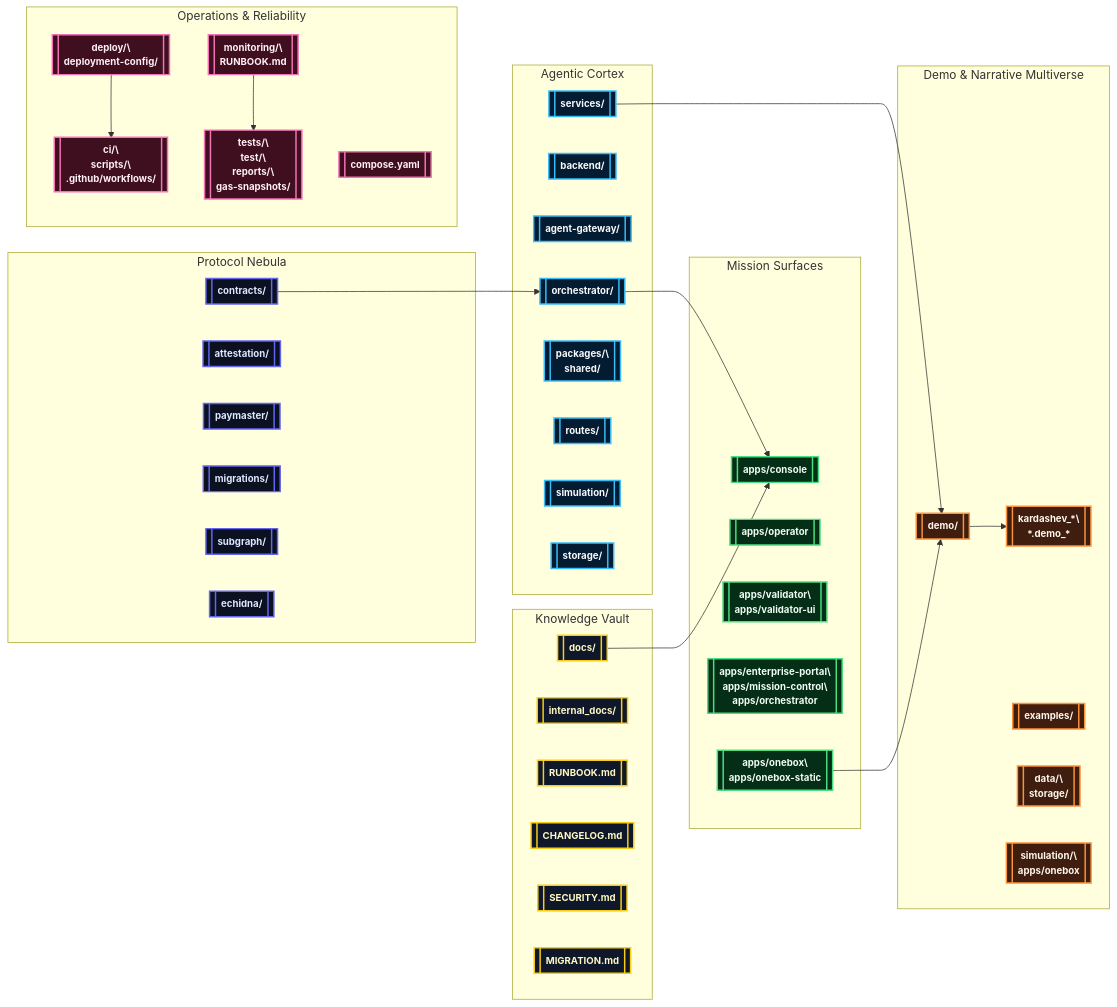
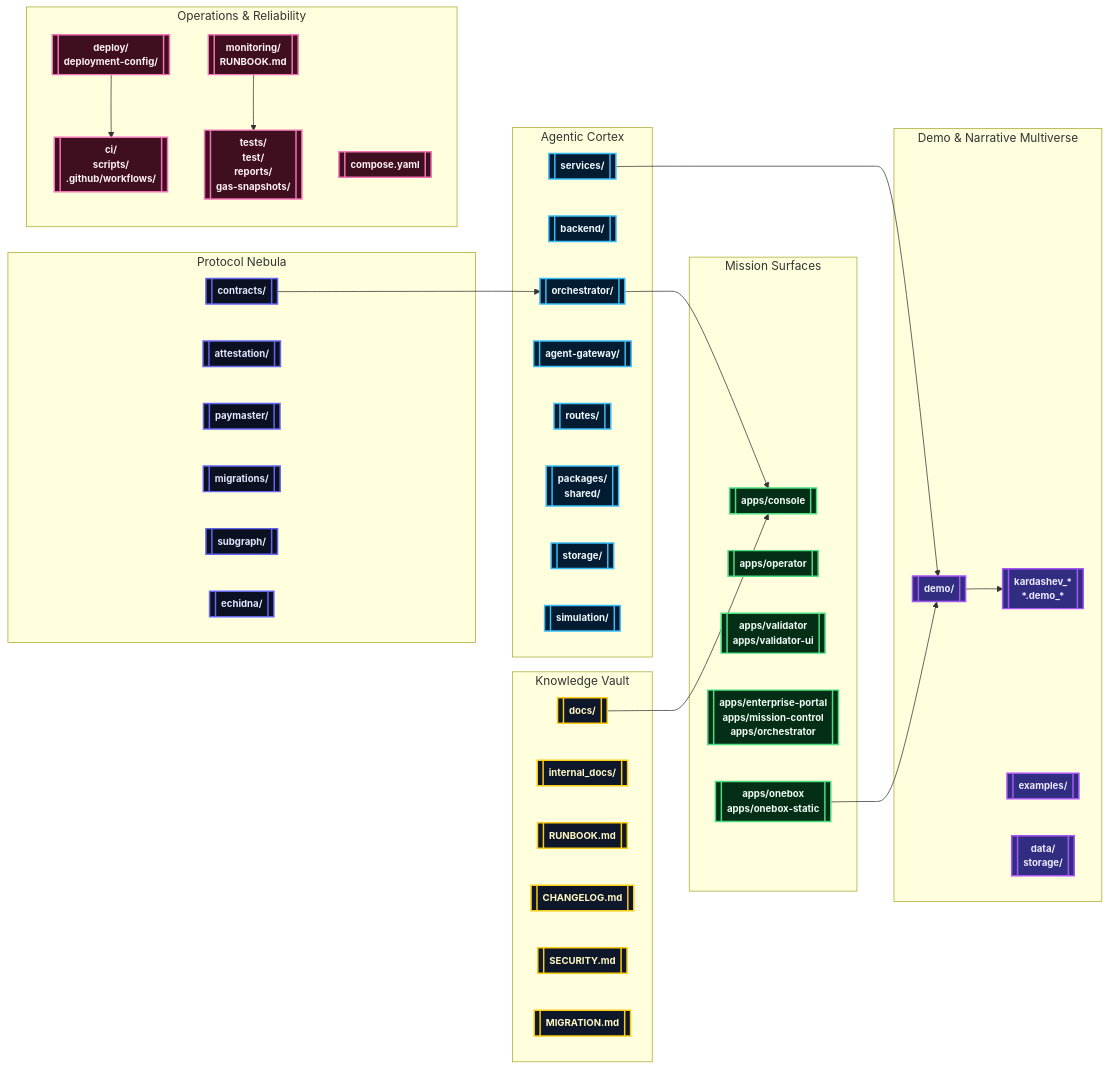
The first of 2 diagrams in README.md (MontrealAI/AGIJobsv0), drawn with Mermaid before and after one commit. The commit also changed other lines of this file, not shown here.

Commit message:
docs: refresh root readme with demo atlas

````diff
--- a/README.md
+++ b/README.md
@@ -37,72 +46,71 @@
 ```mermaid
-%% Orbital architecture overview
+%% Grandiose orbital map of AGI Jobs v0 (v2)
 flowchart LR
     classDef protocol fill:#0b1120,stroke:#6366f1,color:#e0e7ff,font-size:13px,font-weight:bold,stroke-width:2px;
-    classDef cortex fill:#041c32,stroke:#38bdf8,color:#f8fafc,font-size:13px,font-weight:bold,stroke-width:2px;
+    classDef cortex fill:#041c32,stroke:#38bdf8,color:#f0f9ff,font-size:13px,font-weight:bold,stroke-width:2px;
     classDef surfaces fill:#052e16,stroke:#4ade80,color:#f0fdf4,font-size:13px,font-weight:bold,stroke-width:2px;
     classDef ops fill:#3f0f1f,stroke:#f472b6,color:#fff0f6,font-size:13px,font-weight:bold,stroke-width:2px;
-    classDef demos fill:#3f1d0f,stroke:#fb923c,color:#fff7ed,font-size:13px,font-weight:bold,stroke-width:2px;
+    classDef demos fill:#312e81,stroke:#a855f7,color:#ede9fe,font-size:13px,font-weight:bold,stroke-width:2px;
     classDef knowledge fill:#0f172a,stroke:#facc15,color:#fef9c3,font-size:13px,font-weight:bold,stroke-width:2px;
 
     subgraph "Protocol Nebula"
         contracts[[contracts/]]:::protocol
         attestation[[attestation/]]:::protocol
         paymaster[[paymaster/]]:::protocol
         migrations[[migrations/]]:::protocol
         subgraphSvc[[subgraph/]]:::protocol
         echidnaLab[[echidna/]]:::protocol
     end
 
     subgraph "Agentic Cortex"
         orchestrator[[orchestrator/]]:::cortex
         backendSvc[[backend/]]:::cortex
+        servicesHub[[services/]]:::cortex
         agentGateway[[agent-gateway/]]:::cortex
-        servicesHub[[services/]]:::cortex
-        packagesHub[[packages/\\nshared/]]:::cortex
         routesHub[[routes/]]:::cortex
+        packagesHub[[packages/\nshared/]]:::cortex
+        storageHub[[storage/]]:::cortex
         simulationHub[[simulation/]]:::cortex
-        storageHub[[storage/]]:::cortex
     end
 
     subgraph "Mission Surfaces"
         console[[apps/console]]:::surfaces
         operator[[apps/operator]]:::surfaces
-        validatorUI[[apps/validator\\napps/validator-ui]]:::surfaces
-        enterprise[[apps/enterprise-portal\\napps/mission-control\\napps/orchestrator]]:::surfaces
-        onebox[[apps/onebox\\napps/onebox-static]]:::surfaces
+        validatorApp[[apps/validator\napps/validator-ui]]:::surfaces
+        enterprise[[apps/enterprise-portal\napps/mission-control\napps/orchestrator]]:::surfaces
+        onebox[[apps/onebox\napps/onebox-static]]:::surfaces
     end
 
     subgraph "Operations & Reliability"
-        deploy[[deploy/\\ndeployment-config/]]:::ops
-        ci[[ci/\\nscripts/\\n.github/workflows/]]:::ops
-        monitoring[[monitoring/\\nRUNBOOK.md]]:::ops
-        qa[[tests/\\ntest/\\nreports/\\ngas-snapshots/]]:::ops
+        deploy[[deploy/\ndeployment-config/]]:::ops
+        ci[[ci/\nscripts/\n.github/workflows/]]:::ops
+        monitoring[[monitoring/\nRUNBOOK.md]]:::ops
+        qa[[tests/\ntest/\nreports/\ngas-snapshots/]]:::ops
         compose[[compose.yaml]]:::ops
     end
 
     subgraph "Demo & Narrative Multiverse"
         demosRoot[[demo/]]:::demos
-        kardashev[[kardashev_*\\n*.demo_*]]:::demos
+        kardashev[[kardashev_*\n*.demo_*]]:::demos
         examples[[examples/]]:::demos
-        dataVault[[data/\\nstorage/]]:::demos
-        simLinks[[simulation/\\napps/onebox]]:::demos
+        datavault[[data/\nstorage/]]:::demos
     end
 
     subgraph "Knowledge Vault"
-        docs[[docs/]]:::knowledge
-        internal[[internal_docs/]]:::knowledge
-        runbook[[RUNBOOK.md]]:::knowledge
-        changelog[[CHANGELOG.md]]:::knowledge
-        security[[SECURITY.md]]:::knowledge
-        migration[[MIGRATION.md]]:::knowledge
+        docsNode[[docs/]]:::knowledge
+        internalNode[[internal_docs/]]:::knowledge
+        runbookNode[[RUNBOOK.md]]:::knowledge
+        changelogNode[[CHANGELOG.md]]:::knowledge
+        securityNode[[SECURITY.md]]:::knowledge
+        migrationNode[[MIGRATION.md]]:::knowledge
     end
 
     contracts --> orchestrator
     orchestrator --> console
     servicesHub --> demosRoot
     onebox --> demosRoot
     deploy --> ci
     monitoring --> qa
-    docs --> console
     demosRoot --> kardashev
+    docsNode --> console
 ```
````
